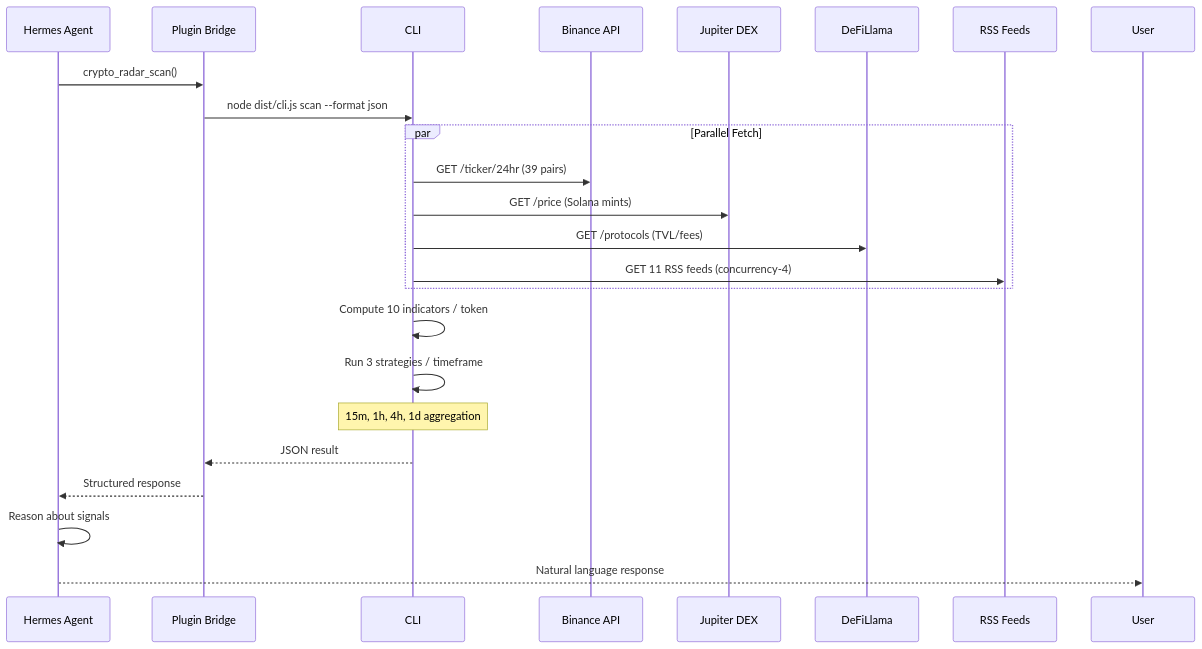
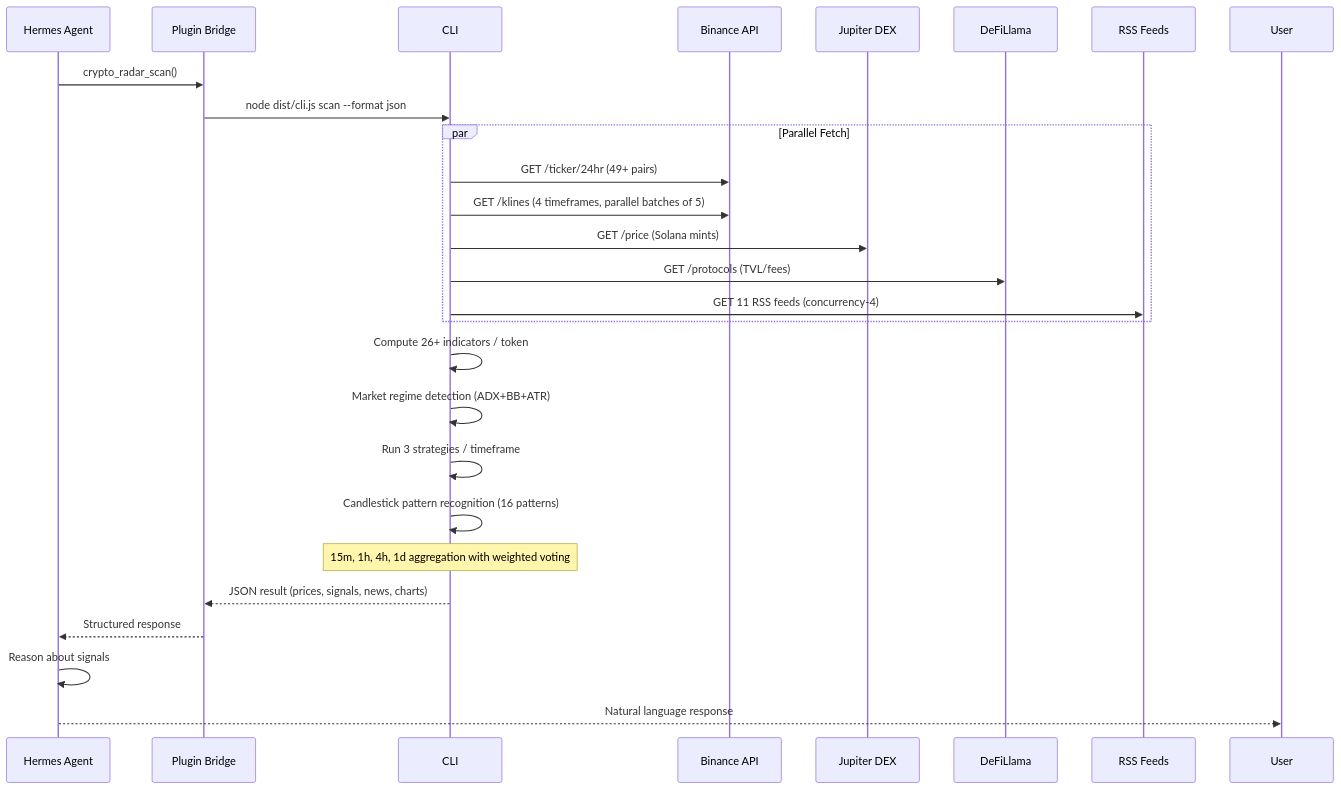
Before and after one commit to ssdeanx/Hermes-Crypto-Radar: the second of 3 diagrams in README.md, drawn with Mermaid. The commit also changed other lines of this file and 20 other files, not shown here.

````diff
--- a/README.md
+++ b/README.md
@@ -95,30 +236,33 @@
 ```mermaid
 sequenceDiagram
     participant Agent as Hermes Agent
     participant Plugin as Plugin Bridge
     participant CLI as CLI
     participant Binance as Binance API
     participant Jupiter as Jupiter DEX
     participant DefiLlama as DeFiLlama
     participant News as RSS Feeds
 
     Agent->>Plugin: crypto_radar_scan()
     Plugin->>CLI: node dist/cli.js scan --format json
 
     par Parallel Fetch
-        CLI->>Binance: GET /ticker/24hr (39 pairs)
+        CLI->>Binance: GET /ticker/24hr (49+ pairs)
+        CLI->>Binance: GET /klines (4 timeframes, parallel batches of 5)
         CLI->>Jupiter: GET /price (Solana mints)
         CLI->>DefiLlama: GET /protocols (TVL/fees)
         CLI->>News: GET 11 RSS feeds (concurrency-4)
     end
 
-    CLI->>CLI: Compute 10 indicators / token
+    CLI->>CLI: Compute 26+ indicators / token
+    CLI->>CLI: Market regime detection (ADX+BB+ATR)
     CLI->>CLI: Run 3 strategies / timeframe
+    CLI->>CLI: Candlestick pattern recognition (16 patterns)
 
-    Note over CLI: 15m, 1h, 4h, 1d aggregation
+    Note over CLI: 15m, 1h, 4h, 1d aggregation with weighted voting
 
-    CLI-->>Plugin: JSON result
+    CLI-->>Plugin: JSON result (prices, signals, news, charts)
     Plugin-->>Agent: Structured response
     Agent->>Agent: Reason about signals
     Agent-->>User: Natural language response
 ```
````
